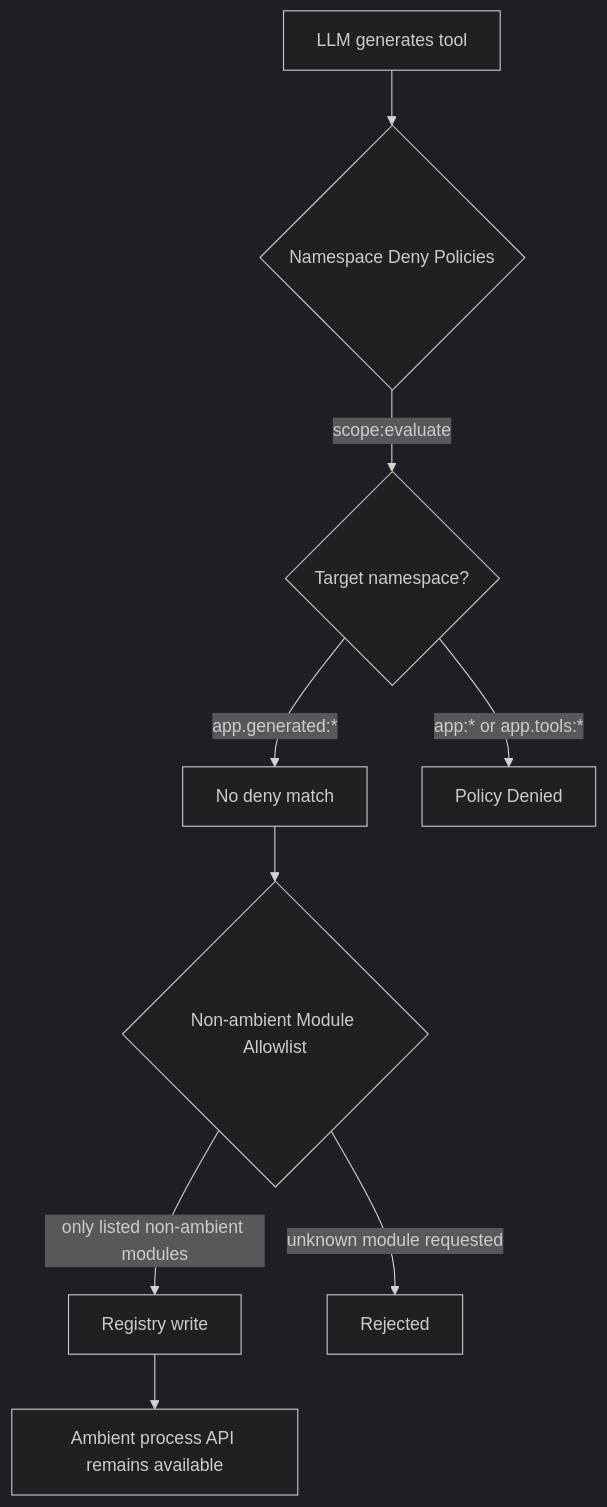
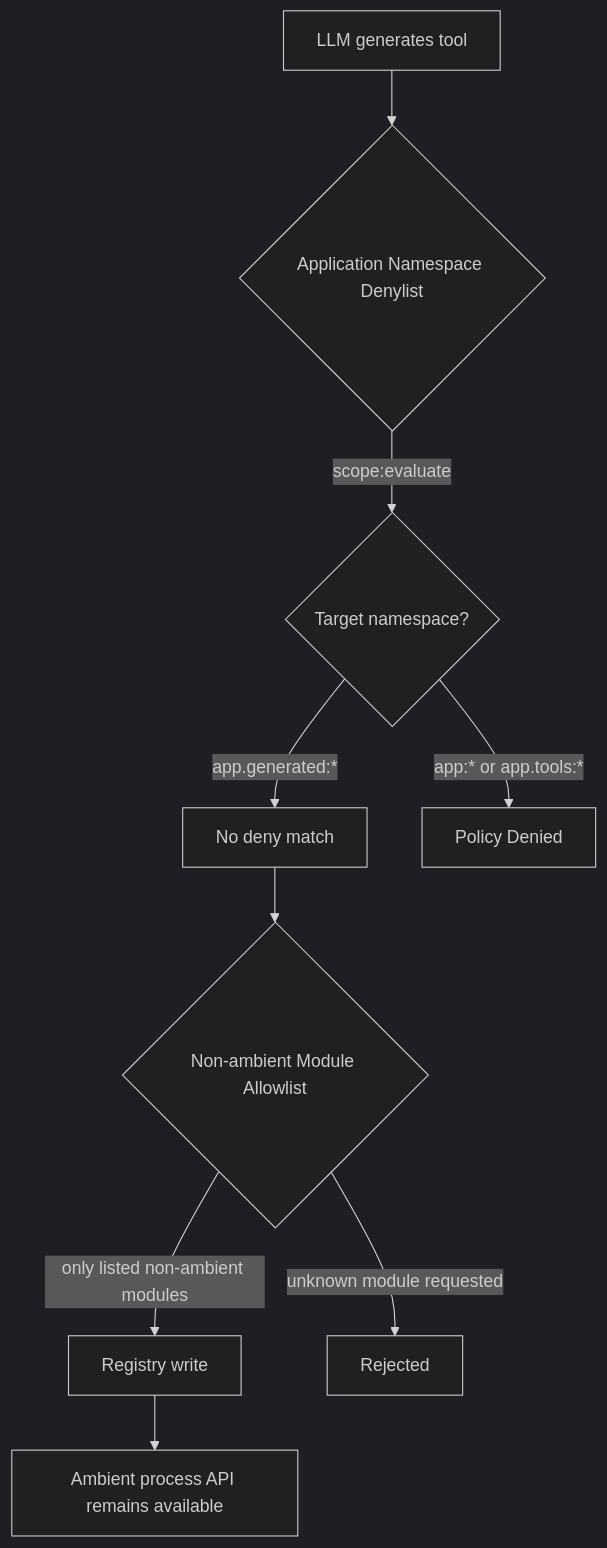
One commit to wippyai/docs changed the fourth of 4 diagrams in en/tutorials/micro-agi.md. Above: the diagram before and after it, drawn with Mermaid (dark theme). The commit also changed other lines of this file and 7 other files, not shown here.

````diff
--- a/en/tutorials/micro-agi.md
+++ b/en/tutorials/micro-agi.md
@@ -567,12 +584,12 @@
 ```mermaid
 flowchart TD
-    LLM[LLM generates tool] --> P{Namespace Deny Policies}
+    LLM[LLM generates tool] --> P{Application Namespace Denylist}
     P -->|scope:evaluate| Check{Target namespace?}
     Check -->|app.generated:*| OK[No deny match]
     Check -->|app:* or app.tools:*| Deny[Policy Denied]
 
     OK --> M{Non-ambient Module Allowlist}
     M -->|only listed non-ambient modules| R[Registry write]
     M -->|unknown module requested| Err[Rejected]
     R --> A[Ambient process API remains available]
 ```
````
